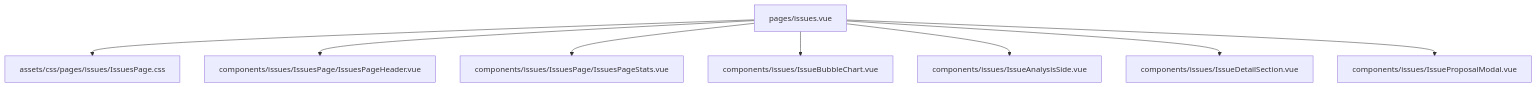
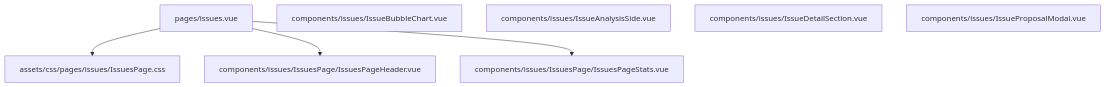
The third of 6 diagrams in AI_FAPRO/GUIDE.md (nryn6563org/fapro_new), drawn with Mermaid before and after one commit. The commit also changed other lines of this file and 15 other files, not shown here.

````diff
--- a/AI_FAPRO/GUIDE.md
+++ b/AI_FAPRO/GUIDE.md
@@ -42,10 +49,10 @@
 ```mermaid
 graph TD
     Page["pages/issues.vue"] --> CSS_Page["assets/css/pages/issues/IssuesPage.css"]
     Page --> Header["components/issues/IssuesPage/IssuesPageHeader.vue"]
     Page --> Stats["components/issues/IssuesPage/IssuesPageStats.vue"]
-    Page --> Chart["components/issues/IssueBubbleChart.vue"]
-    Page --> Analysis["components/issues/IssueAnalysisSide.vue"]
-    Page --> Detail["components/issues/IssueDetailSection.vue"]
-    Page --> Modal["components/issues/IssueProposalModal.vue"]
+    Chart["components/issues/IssueBubbleChart.vue"]
+    Analysis["components/issues/IssueAnalysisSide.vue"]
+    Detail["components/issues/IssueDetailSection.vue"]
+    Modal["components/issues/IssueProposalModal.vue"]
 ```
````
